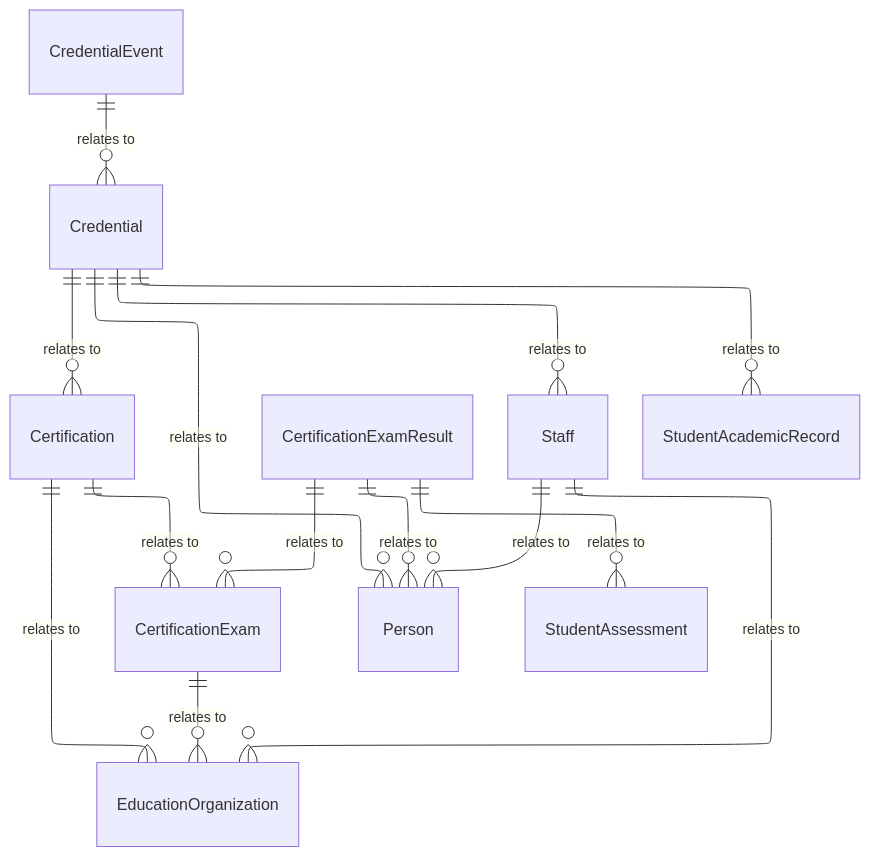
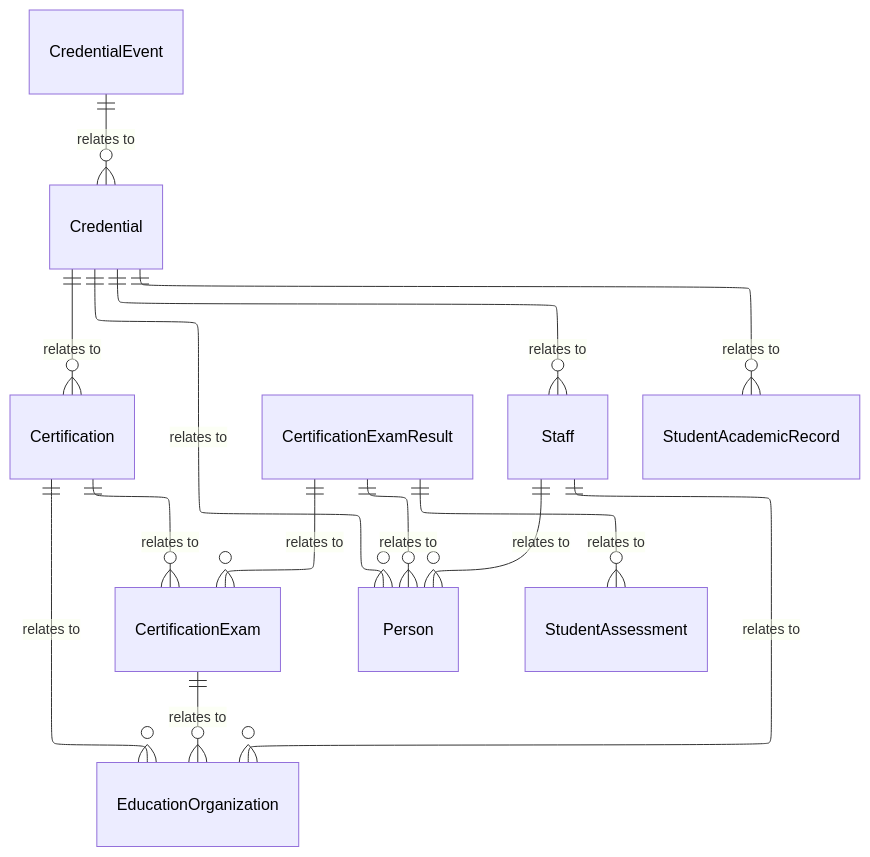
Before and after one commit to Ed-Fi-Alliance-OSS/ed-fi-alliance-oss.github.io: the diagram in dataStandard_versioned_docs/version-6/model-reference/credential-domain/model-diagrams.md, drawn with Mermaid. The commit also changed 24 other files, not shown here.

````diff
--- a/dataStandard_versioned_docs/version-6/model-reference/credential-domain/model-diagrams.md
+++ b/dataStandard_versioned_docs/version-6/model-reference/credential-domain/model-diagrams.md
@@ -10,42 +10,50 @@
 ```mermaid
 ---
-
 config:
   layout: elk
 ---
-
 erDiagram
     Credential {
     }
     CredentialEvent {
     }
     Certification {
     }
     CertificationExam {
     }
     CertificationExamResult {
     }
     Person {
     }
     Staff {
     }
     StudentAcademicRecord {
     }
     EducationOrganization {
     }
     StudentAssessment {
     }
     Staff ||--o{ Person : "relates to"
     Staff ||--o{ EducationOrganization : "relates to"
     Credential ||--o{ Staff : "relates to"
     Credential ||--o{ Person : "relates to"
     Credential ||--o{ Certification : "relates to"
     Credential ||--o{ StudentAcademicRecord : "relates to"
     CredentialEvent ||--o{ Credential : "relates to"
     Certification ||--o{ CertificationExam : "relates to"
     Certification ||--o{ EducationOrganization : "relates to"
     CertificationExam ||--o{ EducationOrganization : "relates to"
     CertificationExamResult ||--o{ CertificationExam : "relates to"
     CertificationExamResult ||--o{ Person : "relates to"
     CertificationExamResult ||--o{ StudentAssessment : "relates to"
+    style Credential color:#000000
+    style CredentialEvent color:#000000
+    style Certification color:#000000
+    style CertificationExam color:#000000
+    style CertificationExamResult color:#000000
+    style Person color:#000000
+    style Staff color:#000000
+    style StudentAcademicRecord color:#000000
+    style EducationOrganization color:#000000
+    style StudentAssessment color:#000000
 ```
````
